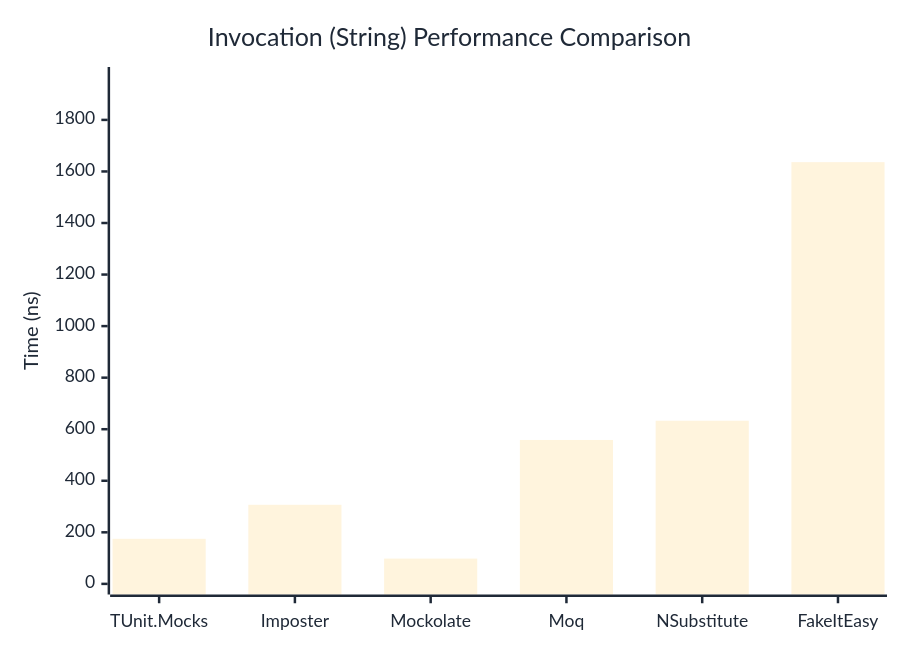
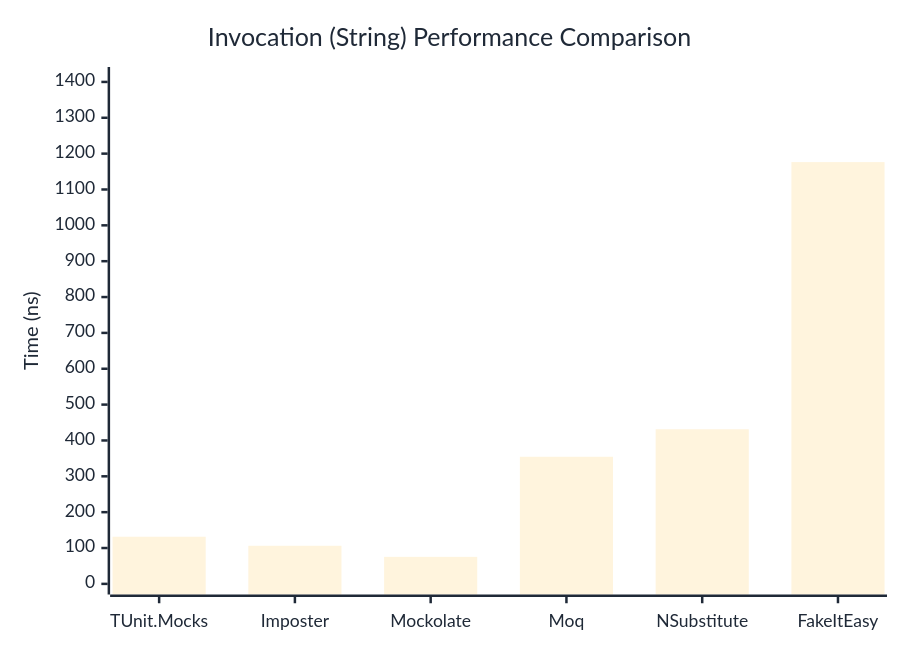
One commit to thomhurst/TUnit changed the second of 3 diagrams in docs/docs/benchmarks/mocks/Invocation.md. Above: the diagram before and after it, drawn with Mermaid. The commit also changed other lines of this file and 14 other files, not shown here.

````diff
--- a/docs/docs/benchmarks/mocks/Invocation.md
+++ b/docs/docs/benchmarks/mocks/Invocation.md
@@ -71,27 +71,27 @@
 ```mermaid
 %%{init: {
   'theme':'base',
   'themeVariables': {
     'primaryColor': '#2563eb',
     'primaryTextColor': '#1f2937',
     'primaryBorderColor': '#1e40af',
     'lineColor': '#6b7280',
     'secondaryColor': '#7c3aed',
     'tertiaryColor': '#dc2626',
     'background': '#ffffff',
     'pie1': '#2563eb',
     'pie2': '#7c3aed',
     'pie3': '#dc2626',
     'pie4': '#f59e0b',
     'pie5': '#10b981',
     'pie6': '#06b6d4',
     'pie7': '#ec4899',
     'pie8': '#6366f1'
   }
 }}%%
 xychart-beta
   title "Invocation (String) Performance Comparison"
   x-axis ["TUnit.Mocks", "Imposter", "Mockolate", "Moq", "NSubstitute", "FakeItEasy"]
-  y-axis "Time (ns)" 0 --> 1964
-  bar [174.79, 306.81, 98.06, 558.28, 632.93, 1636.07]
+  y-axis "Time (ns)" 0 --> 1412
+  bar [131.47, 106.28, 75.37, 354.56, 431.3, 1176.39]
 ```
````
